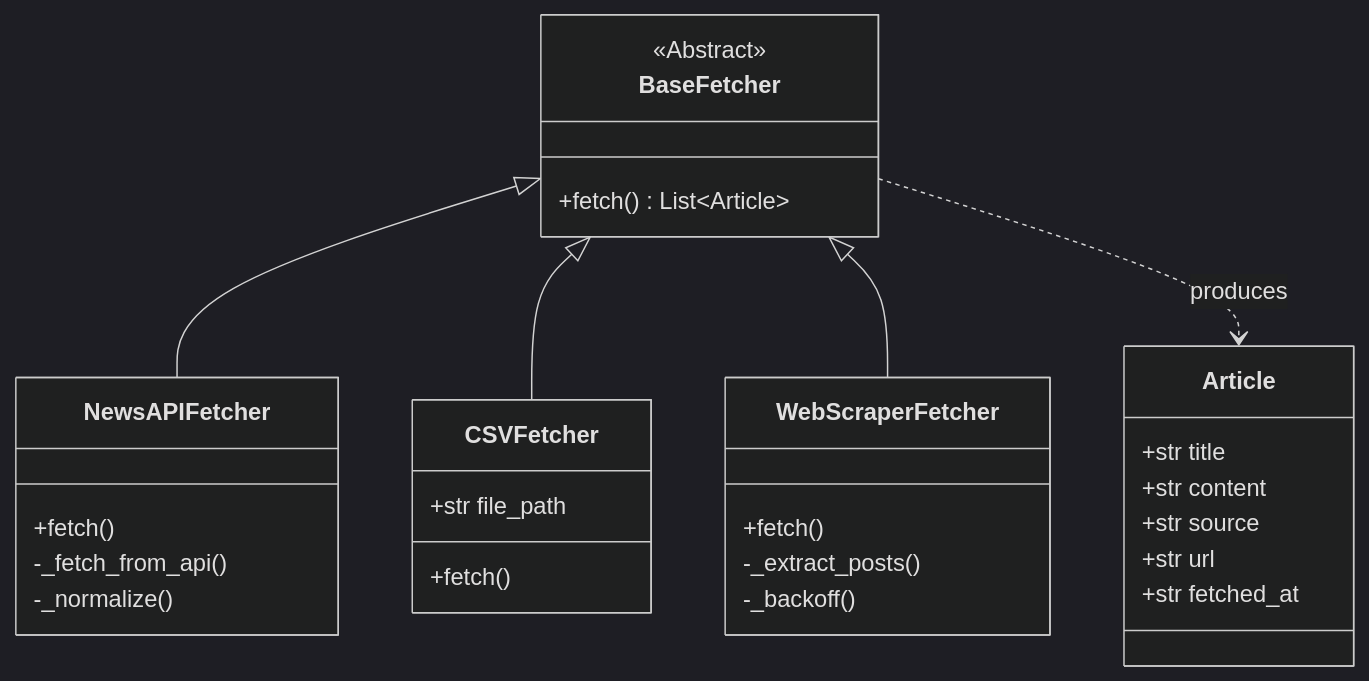
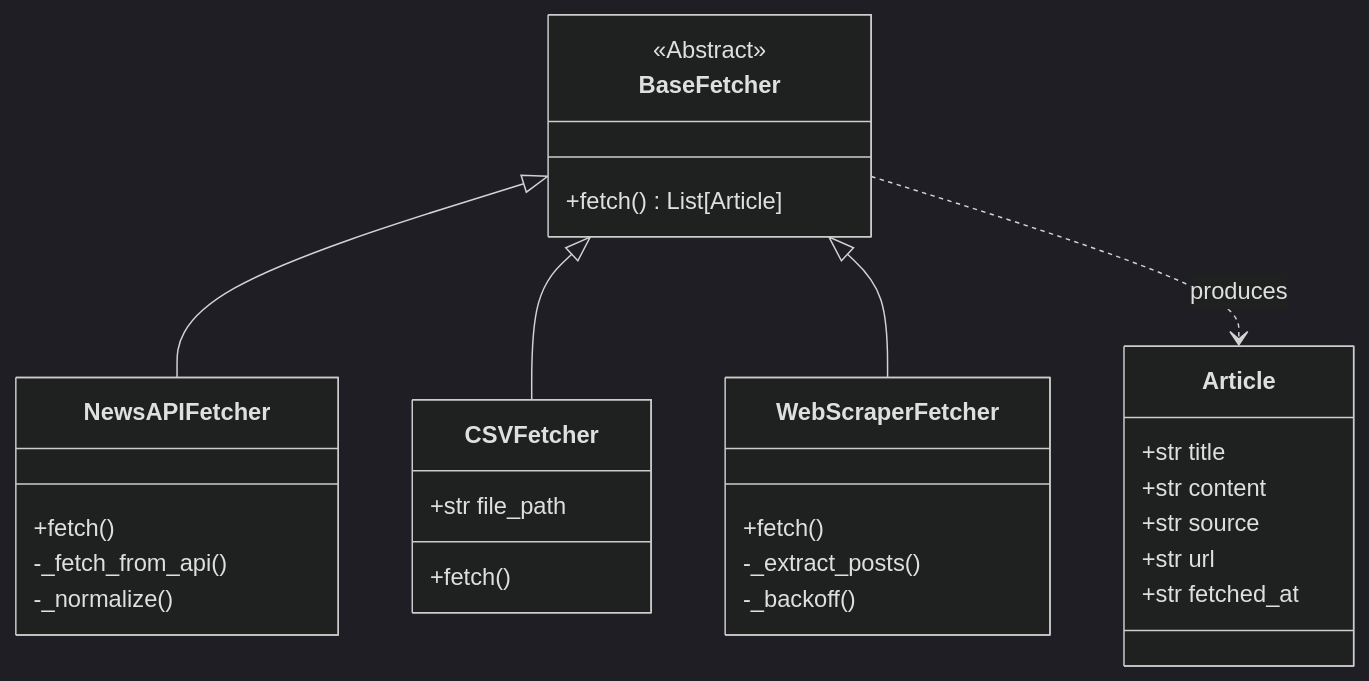
One commit to ayushpal1849/multi-source-ingestion changed the second of 2 diagrams in DESIGN.md. Above: the diagram before and after it, drawn with Mermaid (dark theme). The commit also changed other lines of this file, not shown here.

Commit message:
Add DESIGN.md for Architecture diagram

````diff
--- a/DESIGN.md
+++ b/DESIGN.md
@@ -51,37 +51,37 @@
 ```mermaid
 classDiagram
     class BaseFetcher {
         <<Abstract>>
-        +fetch() List~Article~
+        +fetch() List[Article]
     }
 
     class Article {
         +str title
         +str content
         +str source
         +str url
         +str fetched_at
     }
 
     class NewsAPIFetcher {
         +fetch()
         -_fetch_from_api()
         -_normalize()
     }
 
     class CSVFetcher {
         +fetch()
         +str file_path
     }
 
     class WebScraperFetcher {
         +fetch()
         -_extract_posts()
         -_backoff()
     }
 
     BaseFetcher <|-- NewsAPIFetcher
     BaseFetcher <|-- CSVFetcher
     BaseFetcher <|-- WebScraperFetcher
     BaseFetcher ..> Article : produces
 ```
````
